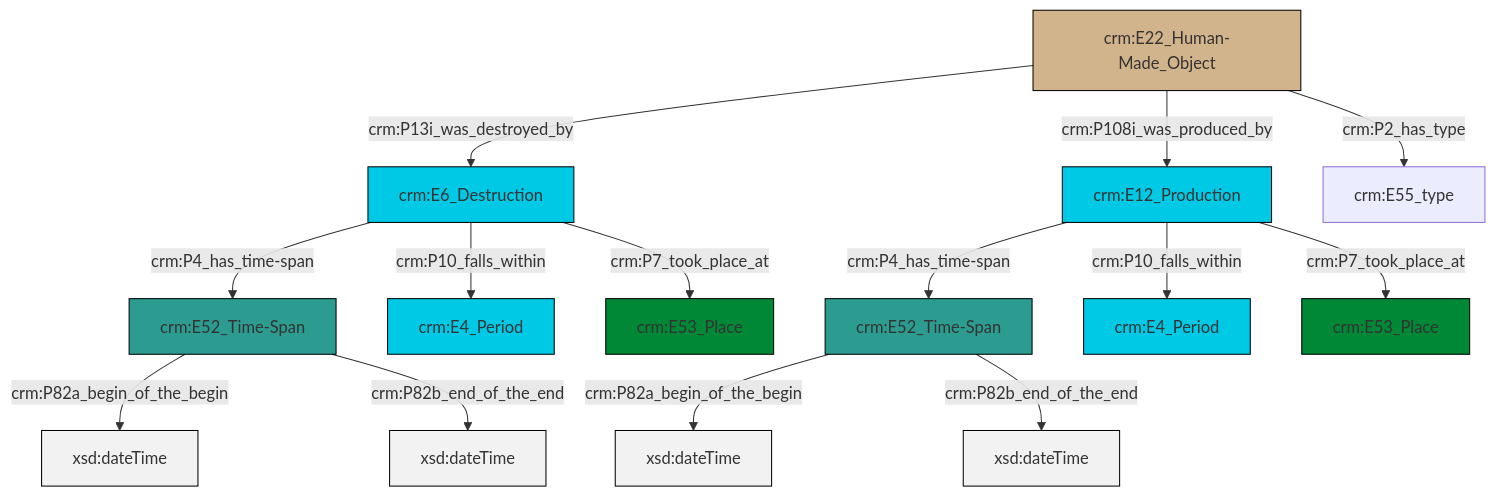
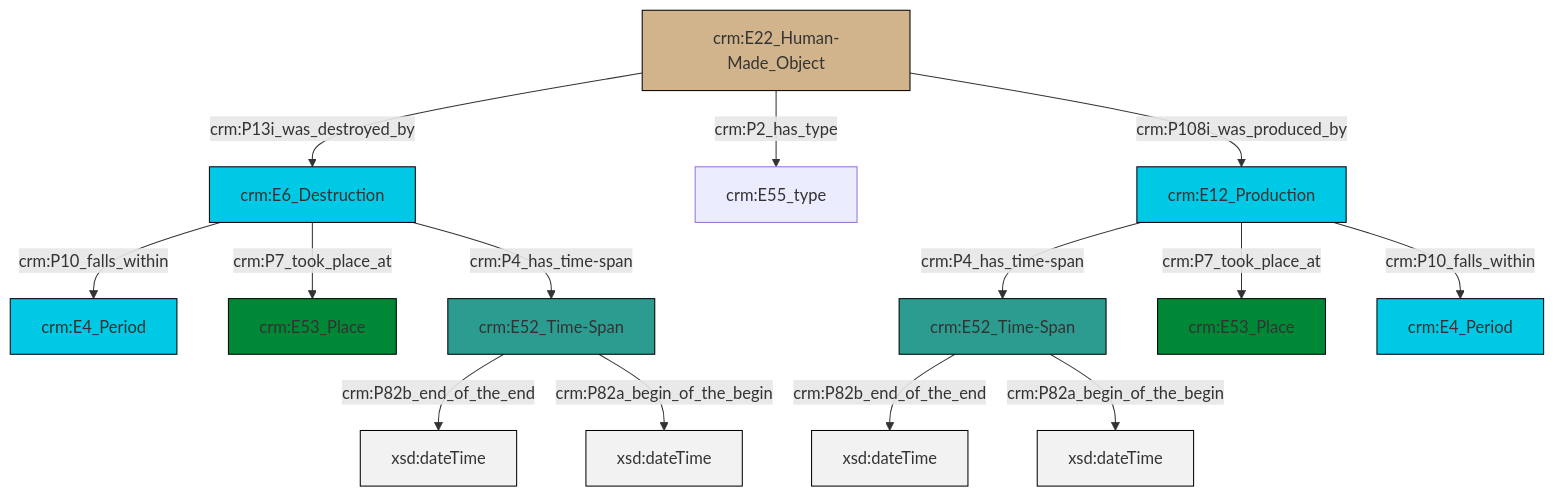
Before and after one commit to swiss-art-research-net/docs.swissartresearch: the diagram in et/builtWorkCSV/ttl/mmd/Built_Work_existence.ttl.mmd, drawn with Mermaid. The commit also changed 177 other files, not shown here.

```diff
--- a/et/builtWorkCSV/ttl/mmd/Built_Work_existence.ttl.mmd
+++ b/et/builtWorkCSV/ttl/mmd/Built_Work_existence.ttl.mmd
@@ -1,28 +1,28 @@
 graph TD
 classDef Literal fill:#f2f2f2,stroke:#000000;
 classDef CRM_Entity fill:#FFFFFF,stroke:#000000;
 classDef Temporal_Entity fill:#00C9E6, stroke:#000000;
 classDef Type fill:#E18312, stroke:#000000;
 classDef Time-Span fill:#2C9C91, stroke:#000000;
 classDef Appellation fill:#FFEB7F, stroke:#000000;
 classDef Place fill:#008836, stroke:#000000;
 classDef Persistent_Item fill:#B266B2, stroke:#000000;
 classDef Conceptual_Object fill:#FFD700, stroke:#000000;
 classDef Physical_Thing fill:#D2B48C, stroke:#000000;
 classDef Actor fill:#f58aad, stroke:#000000;
 classDef PC_Classes fill:#4ce600, stroke:#000000;
 classDef Multi fill:#cccccc,stroke:#000000;
 
-4["crm:E22_Human-Made_Object"]:::Physical_Thing -->|crm:P13i_was_destroyed_by| 0["crm:E6_Destruction"]:::Temporal_Entity
-0["crm:E6_Destruction"]:::Temporal_Entity -->|crm:P4_has_time-span| 13["crm:E52_Time-Span"]:::Time-Span
-2["crm:E12_Production"]:::Temporal_Entity -->|crm:P4_has_time-span| 11["crm:E52_Time-Span"]:::Time-Span
-2["crm:E12_Production"]:::Temporal_Entity -->|crm:P10_falls_within| 9["crm:E4_Period"]:::Temporal_Entity
-2["crm:E12_Production"]:::Temporal_Entity -->|crm:P7_took_place_at| 17["crm:E53_Place"]:::Place
-4["crm:E22_Human-Made_Object"]:::Physical_Thing -->|crm:P108i_was_produced_by| 2["crm:E12_Production"]:::Temporal_Entity
-13["crm:E52_Time-Span"]:::Time-Span -->|crm:P82a_begin_of_the_begin| 18[xsd:dateTime]:::Literal
-11["crm:E52_Time-Span"]:::Time-Span -->|crm:P82a_begin_of_the_begin| 21[xsd:dateTime]:::Literal
-13["crm:E52_Time-Span"]:::Time-Span -->|crm:P82b_end_of_the_end| 22[xsd:dateTime]:::Literal
-11["crm:E52_Time-Span"]:::Time-Span -->|crm:P82b_end_of_the_end| 23[xsd:dateTime]:::Literal
-4["crm:E22_Human-Made_Object"]:::Physical_Thing -->|crm:P2_has_type| 14["crm:E55_type"]:::Default
-0["crm:E6_Destruction"]:::Temporal_Entity -->|crm:P10_falls_within| 5["crm:E4_Period"]:::Temporal_Entity
-0["crm:E6_Destruction"]:::Temporal_Entity -->|crm:P7_took_place_at| 7["crm:E53_Place"]:::Place
+0["crm:E52_Time-Span"]:::Time-Span -->|crm:P82b_end_of_the_end| 1[xsd:dateTime]:::Literal
+8["crm:E12_Production"]:::Temporal_Entity -->|crm:P4_has_time-span| 0["crm:E52_Time-Span"]:::Time-Span
+0["crm:E52_Time-Span"]:::Time-Span -->|crm:P82a_begin_of_the_begin| 13[xsd:dateTime]:::Literal
+2["crm:E6_Destruction"]:::Temporal_Entity -->|crm:P10_falls_within| 17["crm:E4_Period"]:::Temporal_Entity
+4["crm:E52_Time-Span"]:::Time-Span -->|crm:P82b_end_of_the_end| 18[xsd:dateTime]:::Literal
+2["crm:E6_Destruction"]:::Temporal_Entity -->|crm:P7_took_place_at| 19["crm:E53_Place"]:::Place
+8["crm:E12_Production"]:::Temporal_Entity -->|crm:P7_took_place_at| 11["crm:E53_Place"]:::Place
+8["crm:E12_Production"]:::Temporal_Entity -->|crm:P10_falls_within| 9["crm:E4_Period"]:::Temporal_Entity
+14["crm:E22_Human-Made_Object"]:::Physical_Thing -->|crm:P13i_was_destroyed_by| 2["crm:E6_Destruction"]:::Temporal_Entity
+2["crm:E6_Destruction"]:::Temporal_Entity -->|crm:P4_has_time-span| 4["crm:E52_Time-Span"]:::Time-Span
+14["crm:E22_Human-Made_Object"]:::Physical_Thing -->|crm:P2_has_type| 6["crm:E55_type"]:::Default
+4["crm:E52_Time-Span"]:::Time-Span -->|crm:P82a_begin_of_the_begin| 22[xsd:dateTime]:::Literal
+14["crm:E22_Human-Made_Object"]:::Physical_Thing -->|crm:P108i_was_produced_by| 8["crm:E12_Production"]:::Temporal_Entity
```
